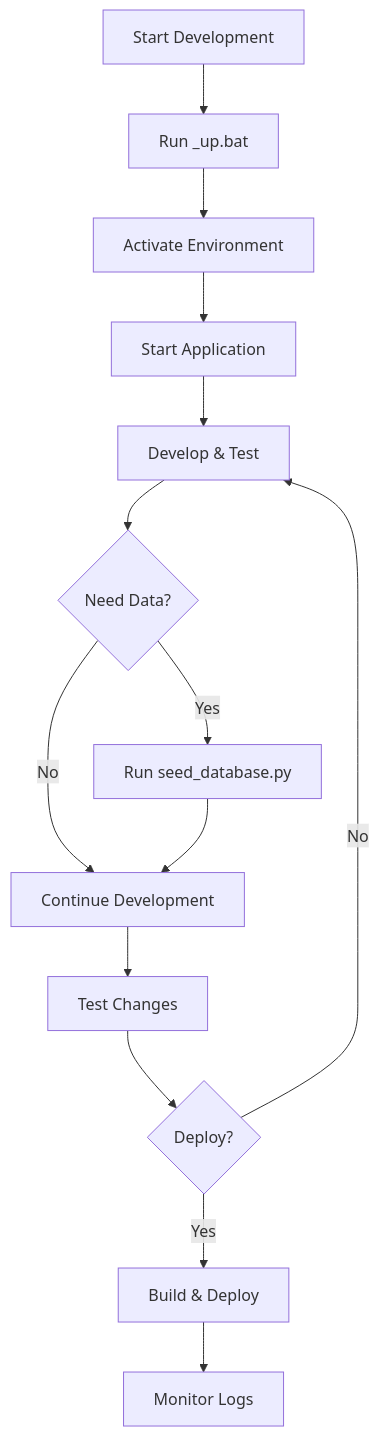
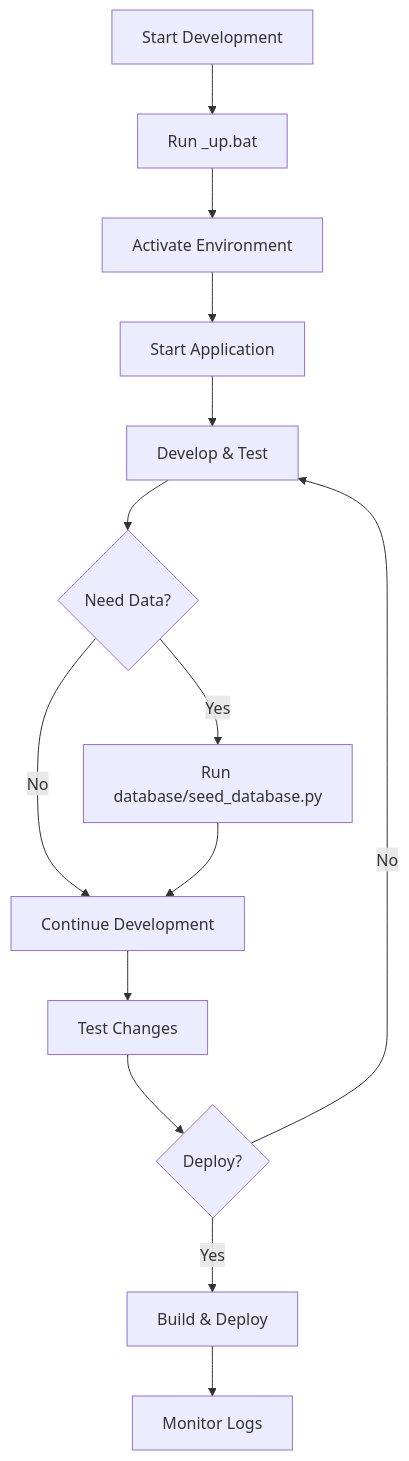
Before and after one commit to drewelewis/ContosoBankAPI: the fifth of 6 diagrams in README.md, drawn with Mermaid. The commit also changed other lines of this file and 17 other files, not shown here.

````diff
--- a/README.md
+++ b/README.md
@@ -356,16 +478,16 @@
 ```mermaid
 flowchart TD
     A[Start Development] --> B[Run _up.bat]
     B --> C[Activate Environment]
     C --> D[Start Application]
     D --> E[Develop & Test]
     E --> F{Need Data?}
-    F -->|Yes| G[Run seed_database.py]
+    F -->|Yes| G[Run database/seed_database.py]
     F -->|No| H[Continue Development]
     G --> H
     H --> I[Test Changes]
     I --> J{Deploy?}
     J -->|Yes| K[Build & Deploy]
     J -->|No| E
     K --> L[Monitor Logs]
 ```
````
